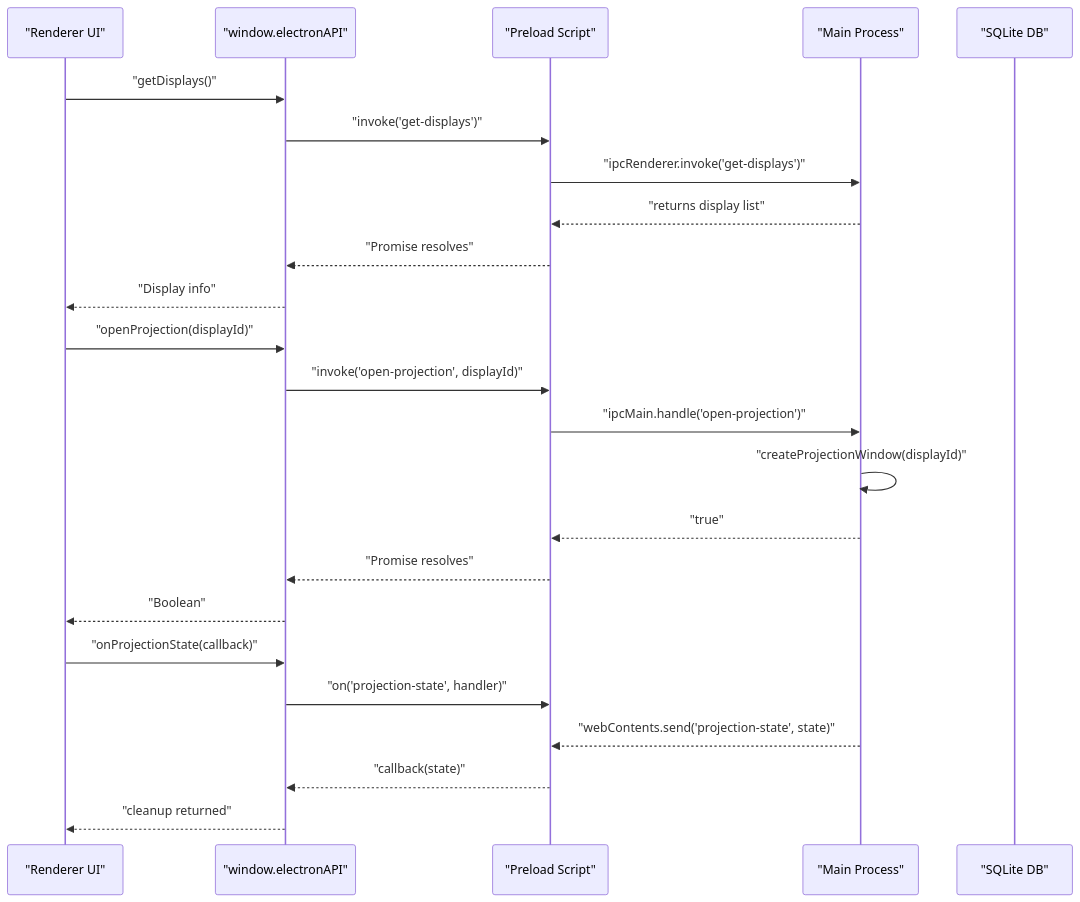
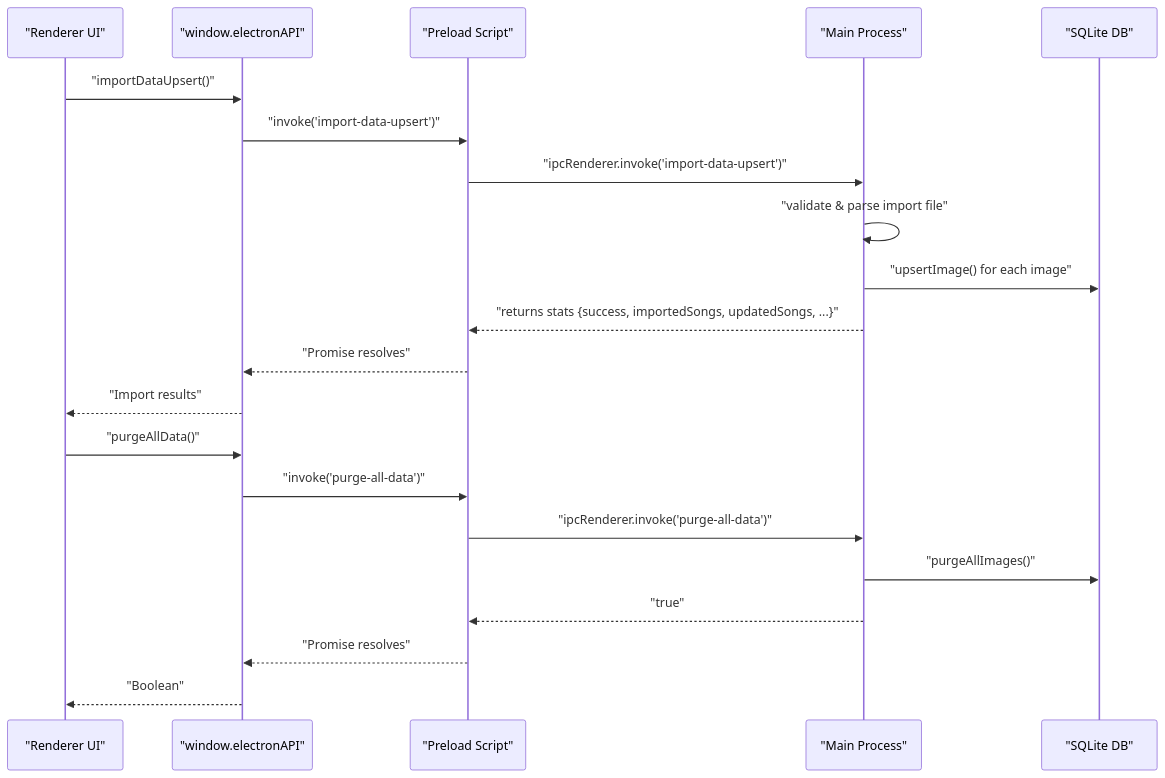
The second of 3 diagrams in .qoder/repowiki/en/content/API Reference/Electron IPC API.md (jimmywyk/lyricdeck), drawn with Mermaid before and after one commit. The commit also changed other lines of this file and 9 other files, not shown here.

````diff
--- a/.qoder/repowiki/en/content/API Reference/Electron IPC API.md
+++ b/.qoder/repowiki/en/content/API Reference/Electron IPC API.md
@@ -185,26 +218,23 @@
 ```mermaid
 sequenceDiagram
 participant UI as "Renderer UI"
 participant API as "window.electronAPI"
 participant Preload as "Preload Script"
 participant Main as "Main Process"
 participant DB as "SQLite DB"
-UI->>API : "getDisplays()"
-API->>Preload : "invoke('get-displays')"
-Preload->>Main : "ipcRenderer.invoke('get-displays')"
-Main-->>Preload : "returns display list"
+UI->>API : "importDataUpsert()"
+API->>Preload : "invoke('import-data-upsert')"
+Preload->>Main : "ipcRenderer.invoke('import-data-upsert')"
+Main->>Main : "validate & parse import file"
+Main->>DB : "upsertImage() for each image"
+Main-->>Preload : "returns stats {success, importedSongs, updatedSongs, ...}"
 Preload-->>API : "Promise resolves"
-API-->>UI : "Display info"
-UI->>API : "openProjection(displayId)"
-API->>Preload : "invoke('open-projection', displayId)"
-Preload->>Main : "ipcMain.handle('open-projection')"
-Main->>Main : "createProjectionWindow(displayId)"
+API-->>UI : "Import results"
+UI->>API : "purgeAllData()"
+API->>Preload : "invoke('purge-all-data')"
+Preload->>Main : "ipcRenderer.invoke('purge-all-data')"
+Main->>DB : "purgeAllImages()"
 Main-->>Preload : "true"
 Preload-->>API : "Promise resolves"
 API-->>UI : "Boolean"
-UI->>API : "onProjectionState(callback)"
-API->>Preload : "on('projection-state', handler)"
-Main-->>Preload : "webContents.send('projection-state', state)"
-Preload-->>API : "callback(state)"
-API-->>UI : "cleanup returned"
 ```
````
